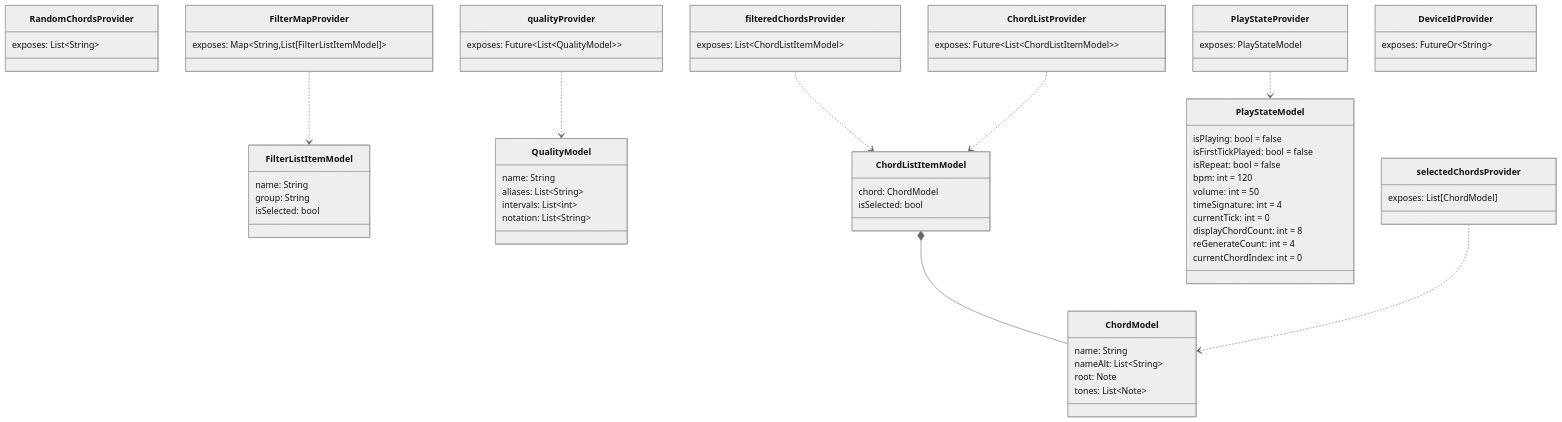
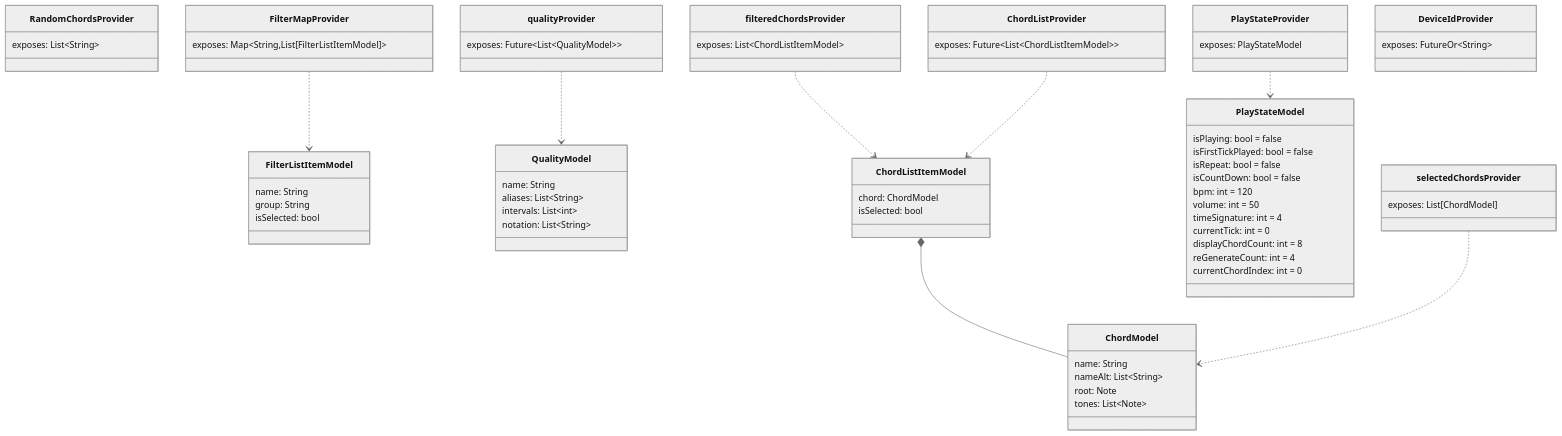
Before and after one commit to mokzas/c2b_chord: the diagram in DOCS/spec_class_diagram.mmd, drawn with Mermaid (neutral theme). The commit also changed 15 other files, not shown here.

```diff
--- a/DOCS/spec_class_diagram.mmd
+++ b/DOCS/spec_class_diagram.mmd
@@ -1,71 +1,72 @@
 classDiagram
 
 %% Models
     class FilterListItemModel{
         name: String
         group: String
         isSelected: bool
     }
     class QualityModel{
         name: String
         aliases: List~String~
         intervals: List~int~
         notation: List~String~
     }
     class ChordModel{
         name: String
         nameAlt: List~String~
         root: Note
         tones: List~Note~
     }
     class ChordListItemModel{
         chord: ChordModel
         isSelected: bool
     }
     class PlayStateModel{
         isPlaying: bool = false
         isFirstTickPlayed: bool = false
         isRepeat: bool = false
+        isCountDown: bool = false
         bpm: int = 120
         volume: int = 50
         timeSignature: int = 4
         currentTick: int = 0
         displayChordCount: int = 8
         reGenerateCount: int = 4
         currentChordIndex: int = 0
     }
 
 %% Providers
     class selectedChordsProvider{
         exposes: List[ChordModel]
     }
     class RandomChordsProvider{
         exposes: List~String~
     }
     class filteredChordsProvider{
         exposes: List~ChordListItemModel~
     }
     class FilterMapProvider{
         exposes: Map~String,List[FilterListItemModel]~
     }
     class PlayStateProvider{
         exposes: PlayStateModel
     }
     class qualityProvider{
         exposes: Future~List~QualityModel~~
     }
     class ChordListProvider{
         exposes: Future~List~ChordListItemModel~~
     }
     class DeviceIdProvider{
         exposes: FutureOr~String~
     }
 
 %% Relationships
     ChordListItemModel *-- ChordModel
     selectedChordsProvider ..> ChordModel
     filteredChordsProvider ..> ChordListItemModel
     FilterMapProvider ..> FilterListItemModel
     PlayStateProvider ..> PlayStateModel
     qualityProvider ..> QualityModel
     ChordListProvider ..> ChordListItemModel
```
